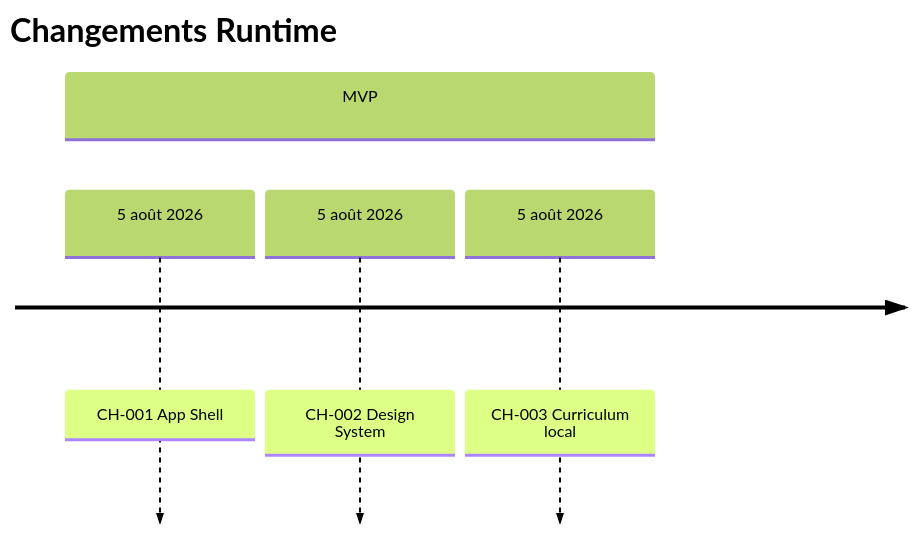
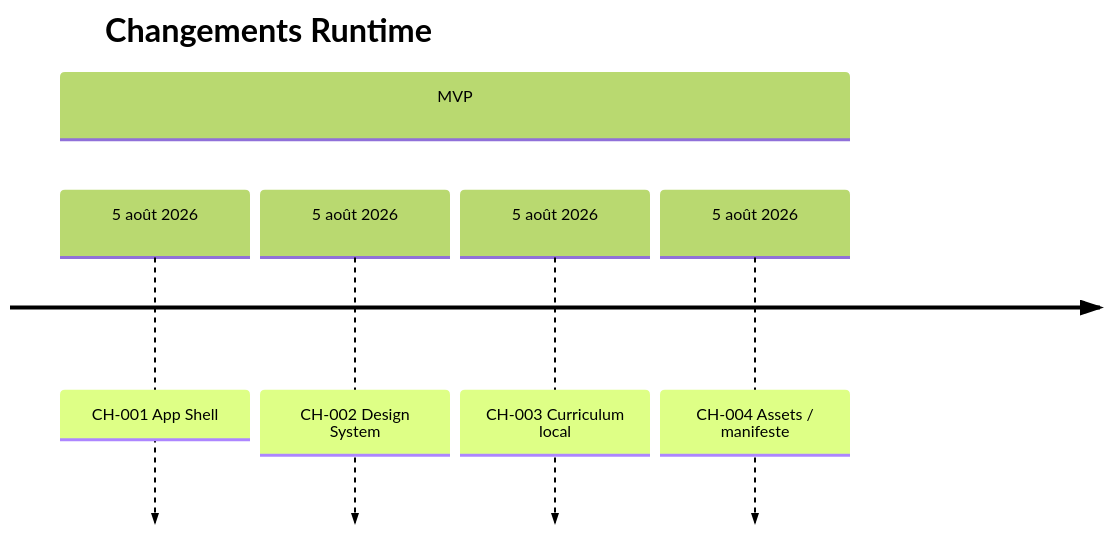
Before and after one commit to JavaChrist/Tai-Chi-AI-Coach: the first of 5 diagrams in docs/runtime/17_CHANGE_HISTORY.md, drawn with Mermaid (forest theme). The commit also changed other lines of this file and 30 other files, not shown here.

````diff
--- a/docs/runtime/17_CHANGE_HISTORY.md
+++ b/docs/runtime/17_CHANGE_HISTORY.md
@@ -53,8 +54,9 @@
 ```mermaid
 timeline
   title Changements Runtime
   section MVP
     5 août 2026 : CH-001 App Shell
     5 août 2026 : CH-002 Design System
     5 août 2026 : CH-003 Curriculum local
+    5 août 2026 : CH-004 Assets / manifeste
 ```
````
